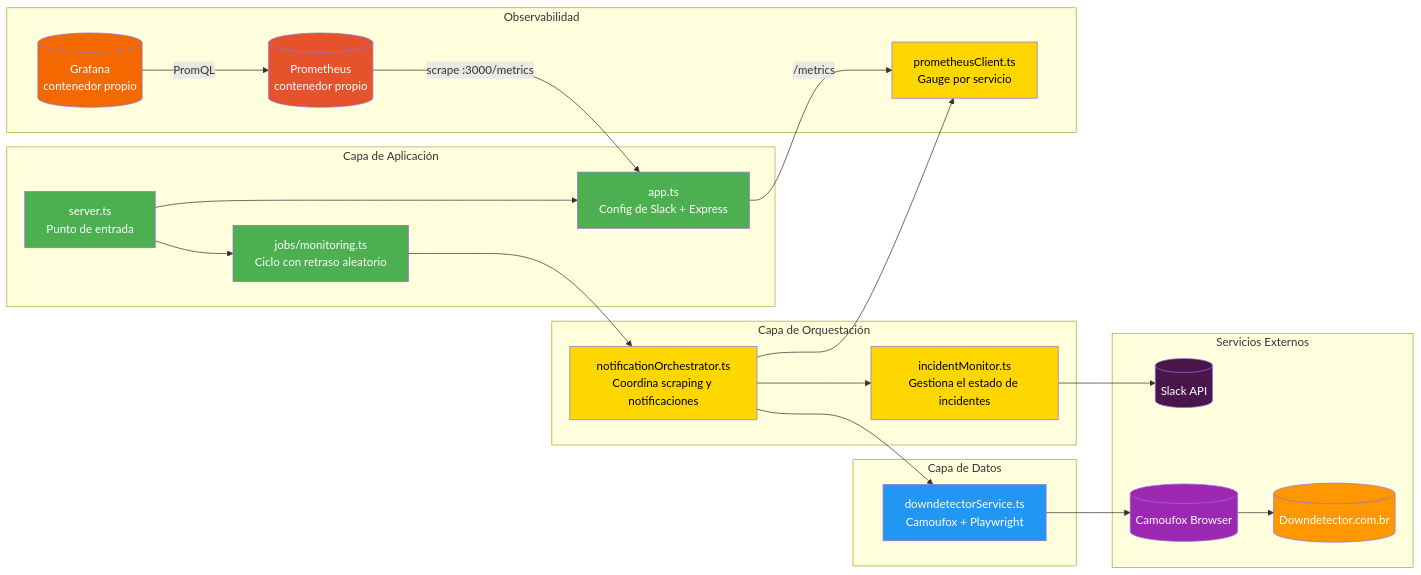
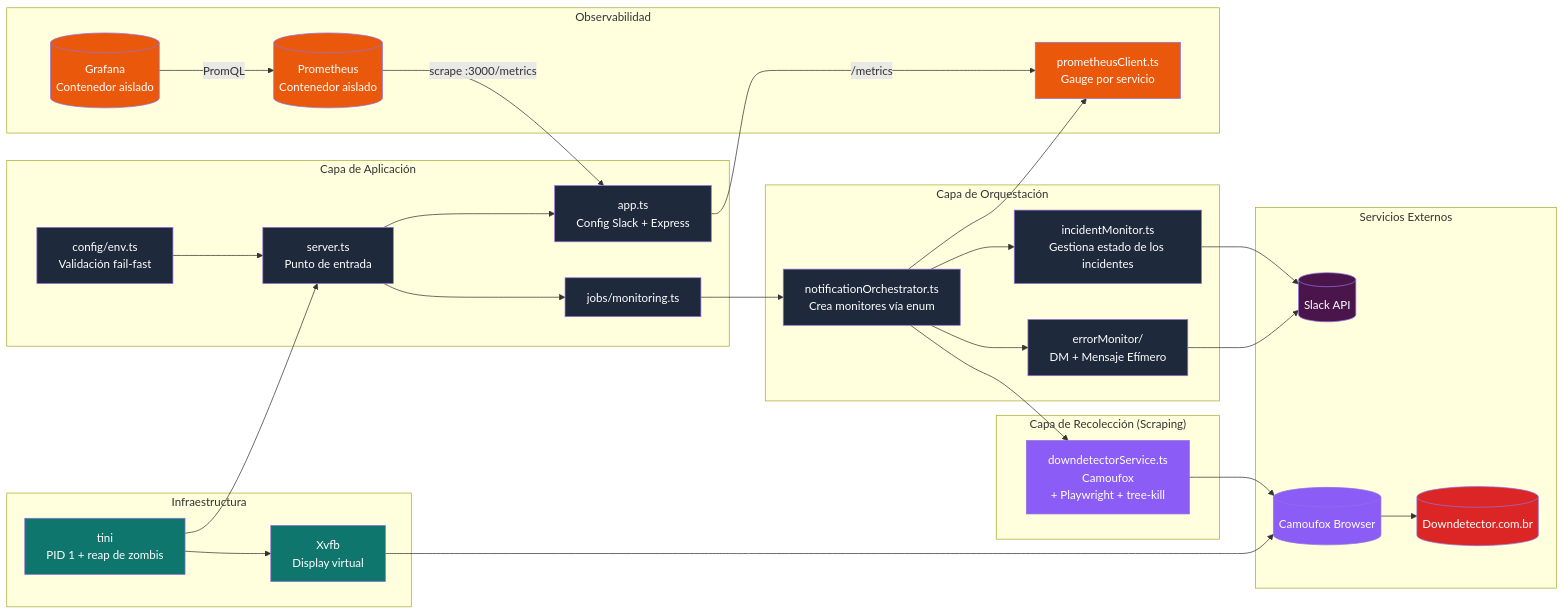
The fourth of 4 diagrams in README.md (eduardotashiro/downdetector-slack), drawn with Mermaid before and after one commit. The commit also changed other lines of this file, not shown here.

````diff
--- a/README.md
+++ b/README.md
@@ -1089,23 +1166,30 @@
 graph LR
     subgraph "Capa de Aplicación"
         Server[server.ts<br/>Punto de entrada]
-        App[app.ts<br/>Config de Slack + Express]
-        Job[jobs/monitoring.ts<br/>Ciclo con retraso aleatorio]
+        App[app.ts<br/>Config Slack + Express]
+        Job[jobs/monitoring.ts<br/>]
+        EnvCfg[config/env.ts<br/>Validación fail-fast]
     end
 
     subgraph "Capa de Orquestación"
-        Orchestrator[notificationOrchestrator.ts<br/>Coordina scraping y notificaciones]
-        Incident[incidentMonitor.ts<br/>Gestiona el estado de incidentes]
+        Orchestrator[notificationOrchestrator.ts<br/>Crea monitores vía enum]
+        Incident[incidentMonitor.ts<br/>Gestiona estado de los incidentes]
+        ErrorMon["errorMonitor/<br/>DM + Mensaje Efímero"]
     end
 
-    subgraph "Capa de Datos"
-        Scraper[downdetectorService.ts<br/>Camoufox + Playwright]
+    subgraph "Capa de Recolección (Scraping)"
+        Scraper[downdetectorService.ts<br/>Camoufox<br/> + Playwright + tree-kill]
     end
 
     subgraph "Observabilidad"
         Metrics[prometheusClient.ts<br/>Gauge por servicio]
-        PromSvc[(Prometheus<br/>contenedor propio)]
-        GrafanaSvc[(Grafana<br/>contenedor propio)]
+        PromSvc[(Prometheus<br/>Contenedor aislado)]
+        GrafanaSvc[(Grafana<br/>Contenedor aislado)]
+    end
+
+    subgraph "Infraestructura"
+        Tini[tini<br/>PID 1 + reap de zombis]
+        Xvfb[Xvfb<br/>Display virtual]
     end
 
     subgraph "Servicios Externos"
@@ -1114,33 +1198,59 @@
         Camoufox[(Camoufox Browser)]
     end
 
+    %% Flujos de la Aplicación
+    EnvCfg --> Server
     Server --> Job
     Server --> App
     Job --> Orchestrator
 
+    %% Flujos de Orquestación
     Orchestrator --> Scraper
     Orchestrator --> Incident
+    Orchestrator --> ErrorMon
     Orchestrator --> Metrics
 
+    %% Flujos de Scraping
     Scraper --> Camoufox
     Camoufox --> Downdetector
 
+    %% Notificaciones
     Incident --> SlackAPI
+    ErrorMon --> SlackAPI
 
+    %% Flujos de Observabilidad
     App -- "/metrics" --> Metrics
     PromSvc -- "scrape :3000/metrics" --> App
     GrafanaSvc -- "PromQL" --> PromSvc
 
-    style Server fill:#4CAF50,color:#fff
-    style App fill:#4CAF50,color:#fff
-    style Job fill:#4CAF50,color:#fff
-    style Orchestrator fill:#FFD700,color:#000
-    style Incident fill:#FFD700,color:#000
-    style Metrics fill:#FFD700,color:#000
-    style Scraper fill:#2196F3,color:#fff
-    style Downdetector fill:#FF9800,color:#fff
+    %% Flujos de Infraestructura
+    Tini --> Server
+    Tini --> Xvfb
+    Xvfb --> Camoufox
+
+    %% Estilos - Backend (Azul Oscuro/Slate)
+    style Server fill:#1e293b,color:#fff
+    style App fill:#1e293b,color:#fff
+    style Job fill:#1e293b,color:#fff
+    style EnvCfg fill:#1e293b,color:#fff
+    style Orchestrator fill:#1e293b,color:#fff
+    style Incident fill:#1e293b,color:#fff
+    style ErrorMon fill:#1e293b,color:#fff
+
+    %% Estilos - Recolección y Browser (Morado)
+    style Scraper fill:#8b5cf6,color:#fff
+    style Camoufox fill:#8b5cf6,color:#fff
+
+    %% Estilos - Observabilidad (Naranja)
+    style Metrics fill:#ea580c,color:#fff
+    style PromSvc fill:#ea580c,color:#fff
+    style GrafanaSvc fill:#ea580c,color:#fff
+
+    %% Estilos - Infraestructura (Teal/Verde azulado)
+    style Tini fill:#0f766e,color:#fff
+    style Xvfb fill:#0f766e,color:#fff
+
+    %% Estilos - Servicios Externos (Colores de Marca)
     style SlackAPI fill:#4A154B,color:#fff
-    style Camoufox fill:#9C27B0,color:#fff
-    style PromSvc fill:#E6522C,color:#fff
-    style GrafanaSvc fill:#F46800,color:#fff
+    style Downdetector fill:#dc2626,color:#fff
 ```
````
